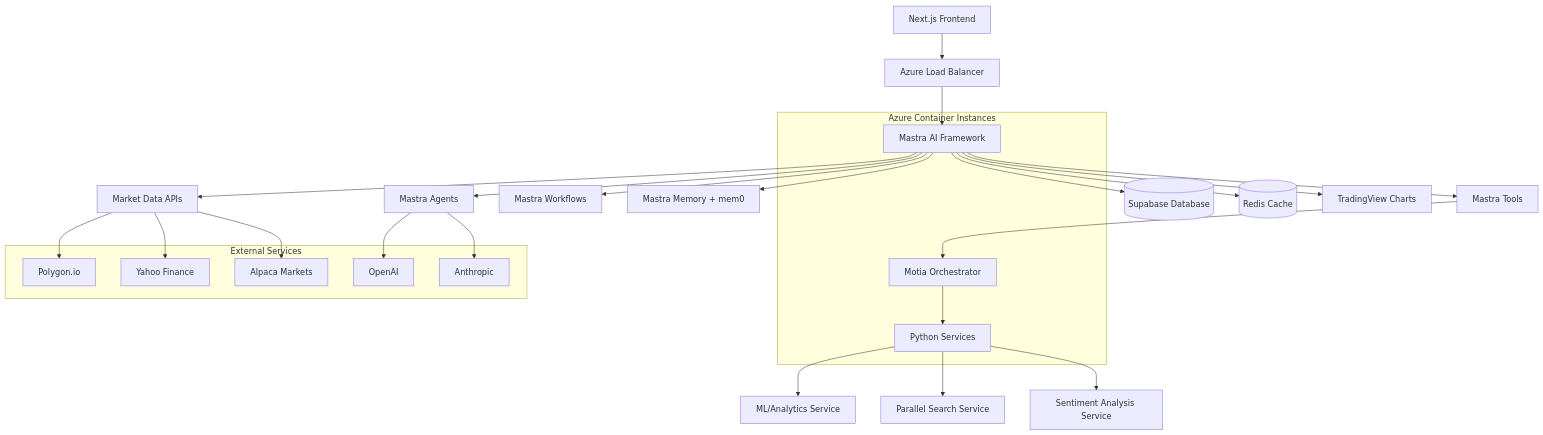
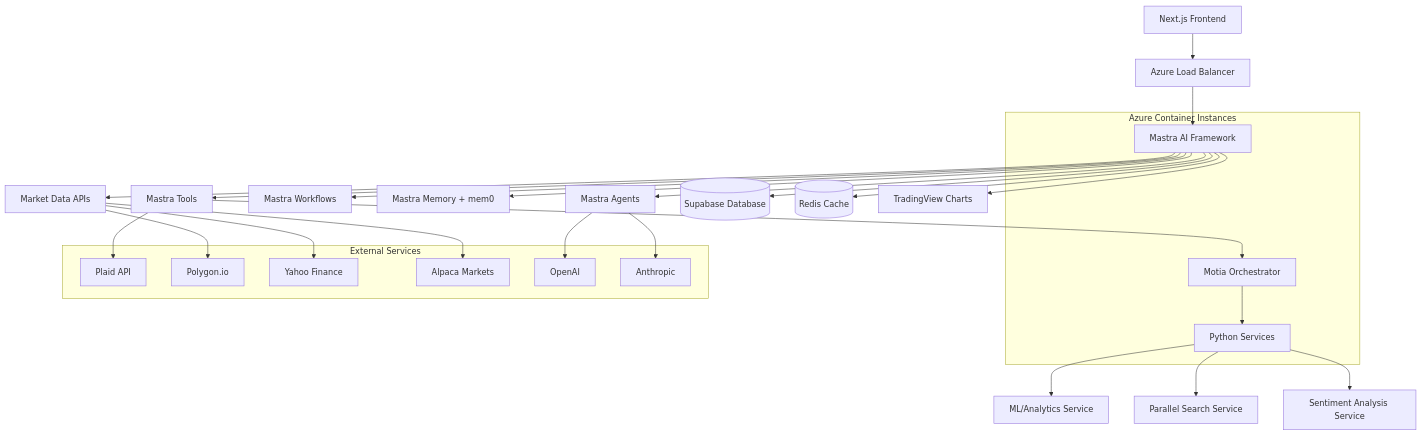
Before and after one commit to brian-mercor/financial-agent: the diagram in docs/design.md, drawn with Mermaid. The commit also changed other lines of this file and 3 other files, not shown here.

````diff
--- a/docs/design.md
+++ b/docs/design.md
@@ -11,43 +11,45 @@
 ```mermaid
 graph TB
     Client[Next.js Frontend] --> Azure[Azure Load Balancer]
     Azure --> Mastra[Mastra AI Framework]
     
     Mastra --> Agents[Mastra Agents]
     Mastra --> Workflows[Mastra Workflows]
     Mastra --> Memory[Mastra Memory + mem0]
     Mastra --> Tools[Mastra Tools]
     
     Tools --> Motia[Motia Orchestrator]
     Motia --> PyServices[Python Services]
     
     PyServices --> ML[ML/Analytics Service]
     PyServices --> Search[Parallel Search Service]
     PyServices --> Sentiment[Sentiment Analysis Service]
     
     Mastra --> Supabase[(Supabase Database)]
     Mastra --> Redis[(Redis Cache)]
     
     Mastra --> TradingView[TradingView Charts]
     Mastra --> MarketData[Market Data APIs]
     
     subgraph "Azure Container Instances"
         Mastra
         Motia
         PyServices
     end
     
     subgraph "External Services"
+        Plaid[Plaid API]
         Polygon[Polygon.io]
         Yahoo[Yahoo Finance]
         Alpaca[Alpaca Markets]
         OpenAI[OpenAI]
         Anthropic[Anthropic]
     end
     
+    Tools --> Plaid
     MarketData --> Polygon
     MarketData --> Yahoo
     MarketData --> Alpaca
     Agents --> OpenAI
     Agents --> Anthropic
 ```
````
